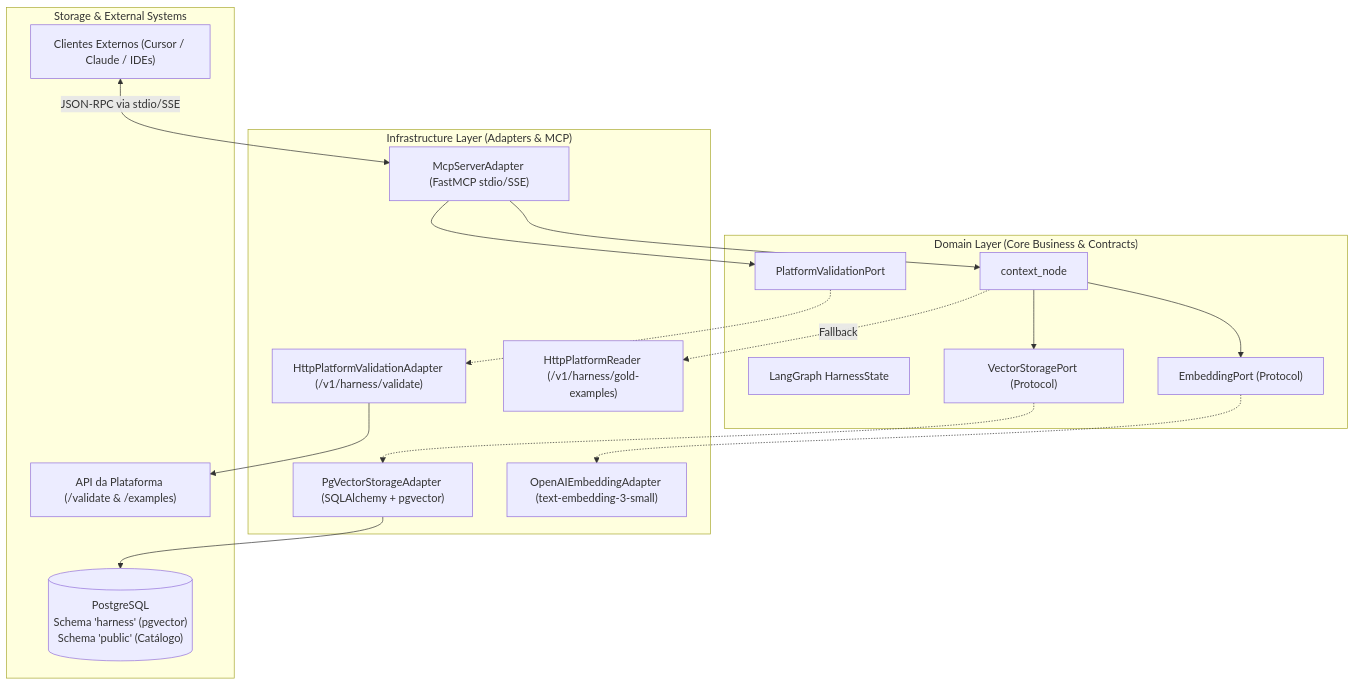
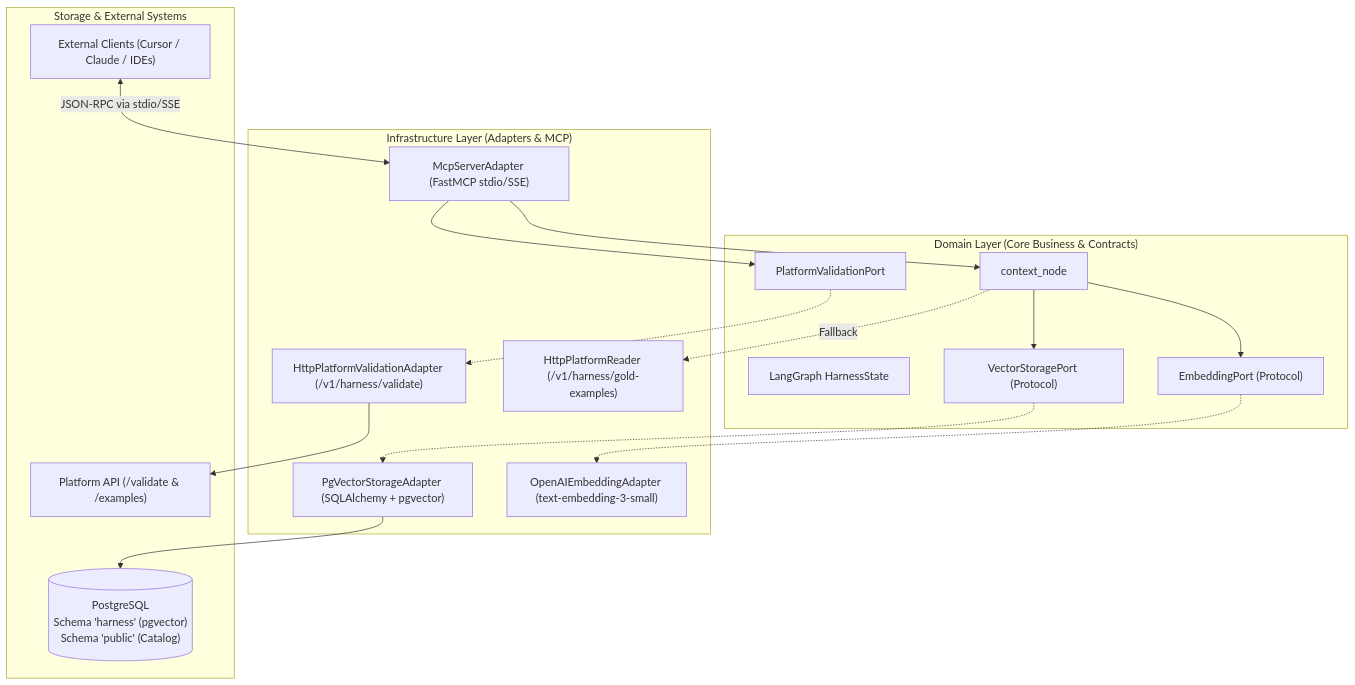
Before and after one commit to Melo-Anderson/pipeline-harness-ai: the first of 3 diagrams in docs/superpowers/specs/2026-08-20-rag-pgvector-and-mcp-server-spec.md, drawn with Mermaid. The commit also changed other lines of this file and 1 other file, not shown here.

Commit message:
docs: translate README, architecture specifications and documentation to English

````diff
--- a/docs/superpowers/specs/2026-08-20-rag-pgvector-and-mcp-server-spec.md
+++ b/docs/superpowers/specs/2026-08-20-rag-pgvector-and-mcp-server-spec.md
@@ -31,37 +31,37 @@
 ```mermaid
 graph TD
     subgraph "Domain Layer (Core Business & Contracts)"
         HarnessState["LangGraph HarnessState"]
         ContextNode["context_node"]
         VectorPort["VectorStoragePort (Protocol)"]
         EmbeddingPort["EmbeddingPort (Protocol)"]
         ValidationPort["PlatformValidationPort"]
     end
 
     subgraph "Infrastructure Layer (Adapters & MCP)"
         PgVectorAdapter["PgVectorStorageAdapter (SQLAlchemy + pgvector)"]
         OpenAIEmbeddingAdapter["OpenAIEmbeddingAdapter (text-embedding-3-small)"]
         HttpValidationAdapter["HttpPlatformValidationAdapter (/v1/harness/validate)"]
         HttpExamplesAdapter["HttpPlatformReader (/v1/harness/gold-examples)"]
         McpServerAdapter["McpServerAdapter (FastMCP stdio/SSE)"]
     end
 
     subgraph "Storage & External Systems"
-        PostgresDB[("PostgreSQL\nSchema 'harness' (pgvector)\nSchema 'public' (Catálogo)")]
-        PlatformAPI["API da Plataforma (/validate & /examples)"]
-        McpClients["Clientes Externos (Cursor / Claude / IDEs)"]
+        PostgresDB[("PostgreSQL\nSchema 'harness' (pgvector)\nSchema 'public' (Catalog)")]
+        PlatformAPI["Platform API (/validate & /examples)"]
+        McpClients["External Clients (Cursor / Claude / IDEs)"]
     end
 
     ContextNode --> VectorPort
     ContextNode --> EmbeddingPort
     ContextNode -.->|Fallback| HttpExamplesAdapter
     VectorPort -.-> PgVectorAdapter
     EmbeddingPort -.-> OpenAIEmbeddingAdapter
     PgVectorAdapter --> PostgresDB
 
     McpServerAdapter --> ContextNode
     McpServerAdapter --> ValidationPort
     McpClients <-->|JSON-RPC via stdio/SSE| McpServerAdapter
     ValidationPort -.-> HttpValidationAdapter
     HttpValidationAdapter --> PlatformAPI
 ```
````
